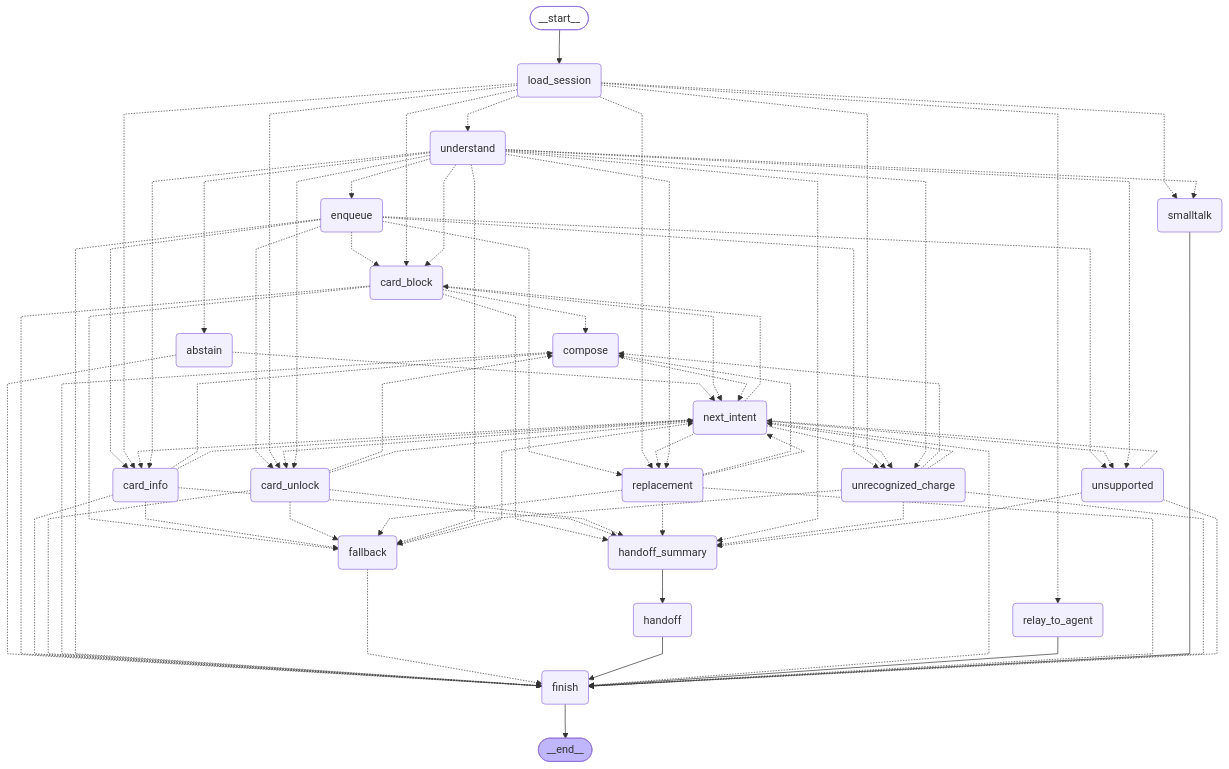
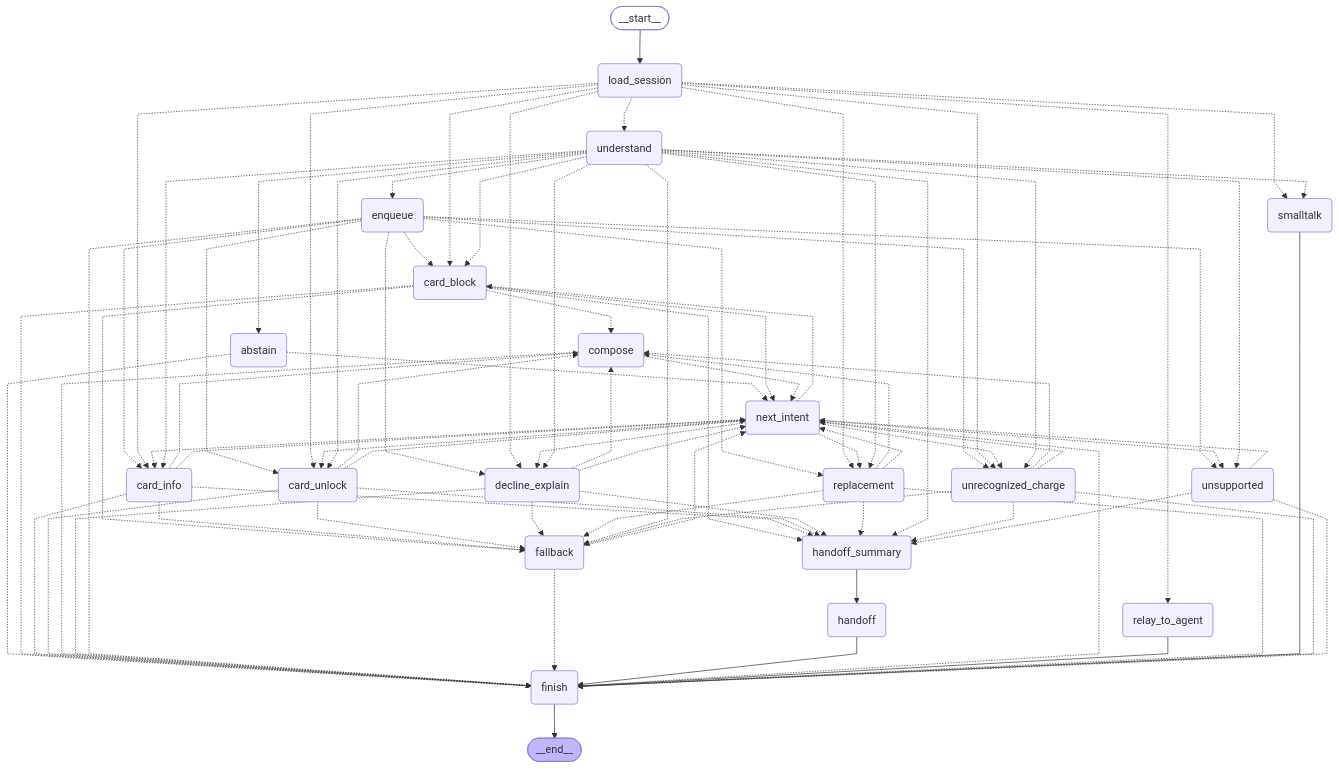
The diagram in docs/diagrams/turn-graph-v0.mmd (YhBedoya/factored-hackathon-2026-inferencia-aplicada), drawn with Mermaid before and after one commit. The commit also changed 143 other files, not shown here.

```diff
--- a/docs/diagrams/turn-graph-v0.mmd
+++ b/docs/diagrams/turn-graph-v0.mmd
@@ -1,102 +1,112 @@
 ---
 config:
   flowchart:
     curve: linear
 ---
 graph TD;
 	__start__([<p>__start__</p>]):::first
 	load_session(load_session)
 	understand(understand)
 	smalltalk(smalltalk)
 	enqueue(enqueue)
 	card_info(card_info)
 	card_block(card_block)
 	card_unlock(card_unlock)
 	replacement(replacement)
 	unrecognized_charge(unrecognized_charge)
+	decline_explain(decline_explain)
 	unsupported(unsupported)
 	fallback(fallback)
 	compose(compose)
 	next_intent(next_intent)
 	finish(finish)
 	abstain(abstain)
 	handoff_summary(handoff_summary)
 	handoff(handoff)
 	relay_to_agent(relay_to_agent)
 	__end__([<p>__end__</p>]):::last
 	__start__ --> load_session;
 	abstain -.-> finish;
 	abstain -.-> next_intent;
 	card_block -.-> compose;
 	card_block -.-> fallback;
 	card_block -.-> finish;
 	card_block -.-> handoff_summary;
 	card_block -.-> next_intent;
 	card_info -.-> compose;
 	card_info -.-> fallback;
 	card_info -.-> finish;
 	card_info -.-> handoff_summary;
 	card_info -.-> next_intent;
 	card_unlock -.-> compose;
 	card_unlock -.-> fallback;
 	card_unlock -.-> finish;
 	card_unlock -.-> handoff_summary;
 	card_unlock -.-> next_intent;
 	compose -.-> finish;
 	compose -.-> next_intent;
+	decline_explain -.-> compose;
+	decline_explain -.-> fallback;
+	decline_explain -.-> finish;
+	decline_explain -.-> handoff_summary;
+	decline_explain -.-> next_intent;
 	enqueue -.-> card_block;
 	enqueue -.-> card_info;
 	enqueue -.-> card_unlock;
+	enqueue -.-> decline_explain;
 	enqueue -.-> finish;
 	enqueue -.-> replacement;
 	enqueue -.-> unrecognized_charge;
 	enqueue -.-> unsupported;
 	fallback -.-> finish;
 	fallback -.-> next_intent;
 	handoff --> finish;
 	handoff_summary --> handoff;
 	load_session -.-> card_block;
 	load_session -.-> card_info;
 	load_session -.-> card_unlock;
+	load_session -.-> decline_explain;
 	load_session -.-> relay_to_agent;
 	load_session -.-> replacement;
 	load_session -.-> smalltalk;
 	load_session -.-> understand;
 	load_session -.-> unrecognized_charge;
 	next_intent -.-> card_block;
 	next_intent -.-> card_info;
 	next_intent -.-> card_unlock;
+	next_intent -.-> decline_explain;
 	next_intent -.-> finish;
 	next_intent -.-> replacement;
 	next_intent -.-> unrecognized_charge;
 	next_intent -.-> unsupported;
 	relay_to_agent --> finish;
 	replacement -.-> compose;
 	replacement -.-> fallback;
 	replacement -.-> finish;
 	replacement -.-> handoff_summary;
 	replacement -.-> next_intent;
 	smalltalk --> finish;
 	understand -.-> abstain;
 	understand -.-> card_block;
 	understand -.-> card_info;
 	understand -.-> card_unlock;
+	understand -.-> decline_explain;
 	understand -.-> enqueue;
 	understand -.-> fallback;
 	understand -.-> handoff_summary;
 	understand -.-> replacement;
 	understand -.-> smalltalk;
 	understand -.-> unrecognized_charge;
 	understand -.-> unsupported;
 	unrecognized_charge -.-> compose;
 	unrecognized_charge -.-> fallback;
 	unrecognized_charge -.-> finish;
 	unrecognized_charge -.-> handoff_summary;
 	unrecognized_charge -.-> next_intent;
 	unsupported -.-> finish;
 	unsupported -.-> handoff_summary;
 	unsupported -.-> next_intent;
 	finish --> __end__;
 	classDef default fill:#f2f0ff,line-height:1.2
 	classDef first fill-opacity:0
 	classDef last fill:#bfb6fc
```
